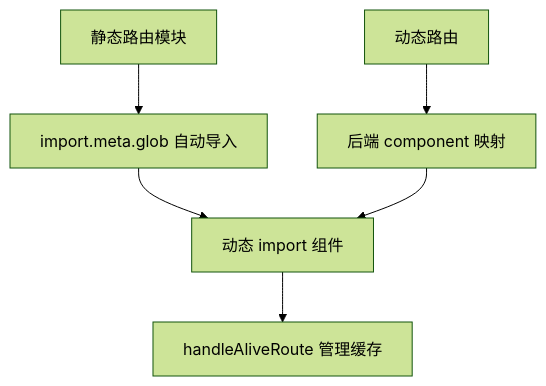
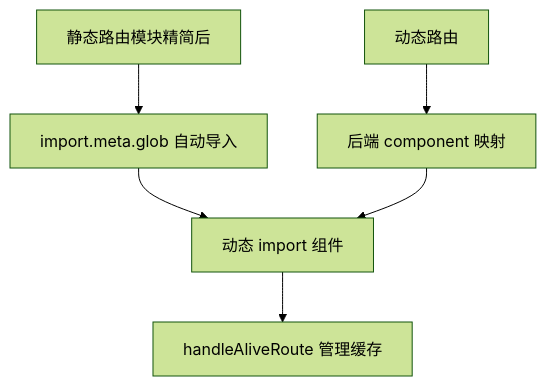
The sixth of 9 diagrams in .qoder/repowiki/zh/content/前端架构设计/路由系统.md (taoweidong/Hello-FastApi), drawn with Mermaid (forest theme) before and after one commit. The commit also changed other lines of this file and 9 other files, not shown here.

````diff
--- a/.qoder/repowiki/zh/content/前端架构设计/路由系统.md
+++ b/.qoder/repowiki/zh/content/前端架构设计/路由系统.md
@@ -226,8 +219,8 @@
 ```mermaid
 flowchart TD
-Static["静态路由模块"] --> Glob["import.meta.glob 自动导入"]
+Static["静态路由模块精简后"] --> Glob["import.meta.glob 自动导入"]
 Glob --> LazyComp["动态 import 组件"]
 Dynamic["动态路由"] --> BackendComp["后端 component 映射"]
 BackendComp --> LazyComp
 LazyComp --> KeepAlive["handleAliveRoute 管理缓存"]
 ```
````
